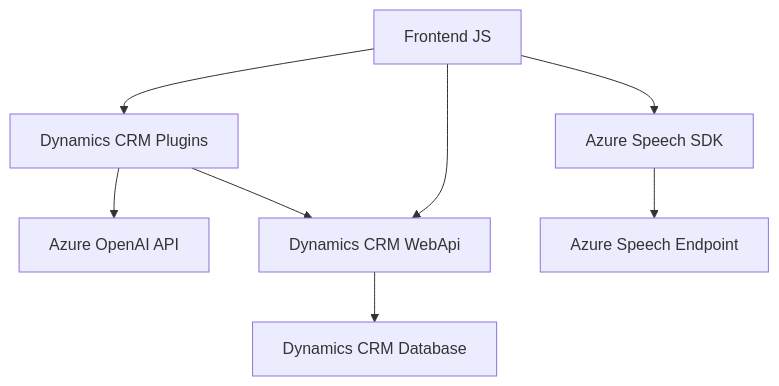
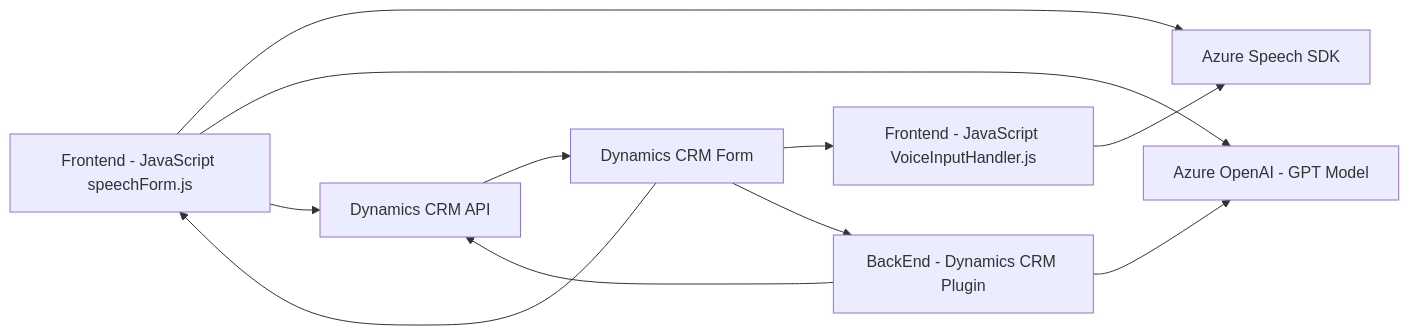
The diagram in README.md (blopezdm/NETCORE_BILBAO2025), drawn with Mermaid before and after one commit. The commit also changed other lines of this file, not shown here.

````diff
--- a/README.md
+++ b/README.md
@@ -46,10 +36,20 @@
 ```mermaid
-graph TD
-    A["Frontend JS"] --> B["Dynamics CRM Plugins"]
-    B["Dynamics CRM Plugins"] --> C["Azure OpenAI API"]
-    A["Frontend JS"] --> D["Azure Speech SDK"]
-    A["Frontend JS"] --> E["Dynamics CRM WebApi"]
-    D["Azure Speech SDK"] --> F["Azure Speech Endpoint"]
-    B["Dynamics CRM Plugins"] --> E["Dynamics CRM WebApi"]
-    E["Dynamics CRM WebApi"] --> G["Dynamics CRM Database"]
+graph LR
+    A["Frontend - JavaScript VoiceInputHandler.js"]
+    B["Frontend - JavaScript speechForm.js"]
+    C["BackEnd - Dynamics CRM Plugin"]
+    D["Azure Speech SDK"]
+    E["Azure OpenAI - GPT Model"]
+    F["Dynamics CRM API"]
+
+    A --> D
+    B --> D
+    B --> E
+    B --> F
+    C --> E
+    C --> F
+    F --> CR["Dynamics CRM Form"]
+    CR --> A
+    CR --> B
+    CR --> C
 ```
````
